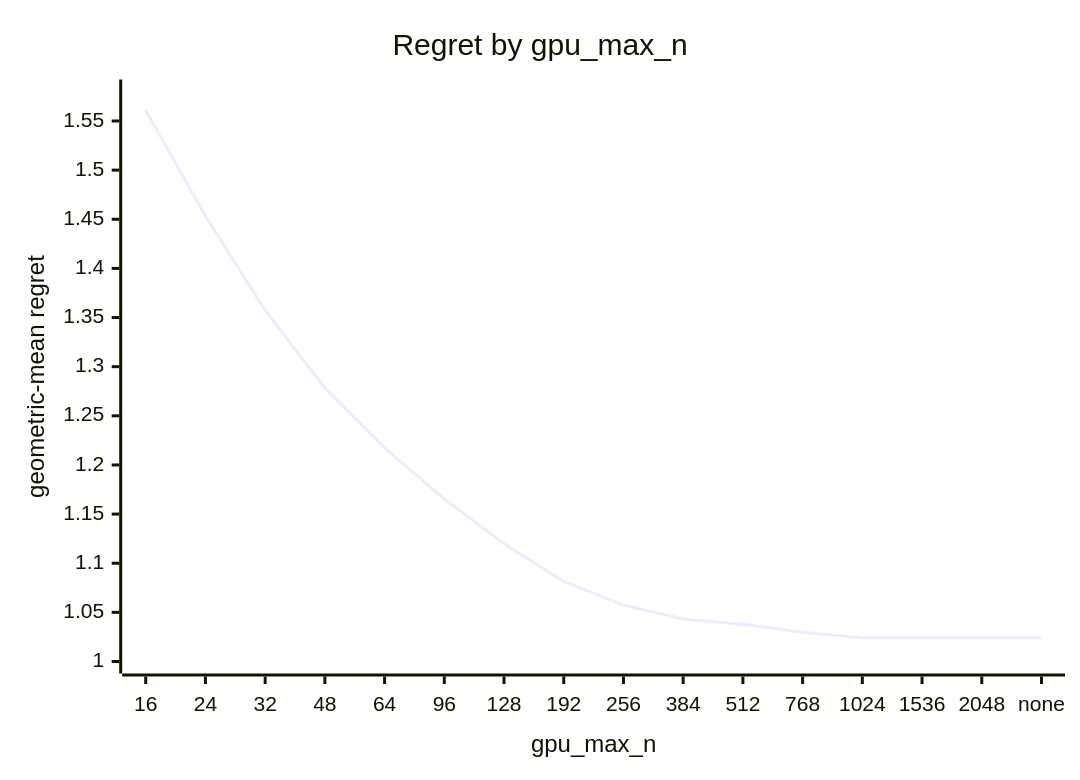
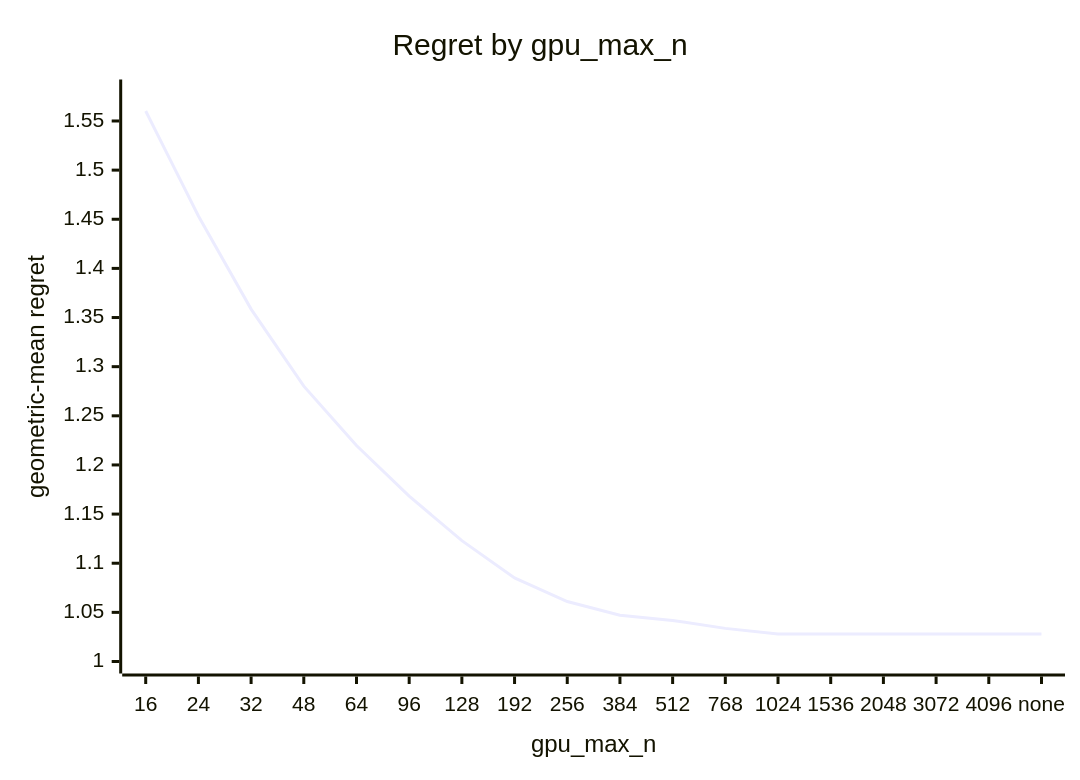
The fifth of 5 diagrams in docs/results/apple-m5-pro-20gpu/combined/eigh/report.md (c0rmac/metal-linalg), drawn with Mermaid before and after one commit. The commit also changed other lines of this file and 38 other files, not shown here.

````diff
--- a/docs/results/apple-m5-pro-20gpu/combined/eigh/report.md
+++ b/docs/results/apple-m5-pro-20gpu/combined/eigh/report.md
@@ -172,7 +177,7 @@
 ```mermaid
 xychart-beta
     title "Regret by gpu_max_n"
-    x-axis "gpu_max_n" [16, 24, 32, 48, 64, 96, 128, 192, 256, 384, 512, 768, 1024, 1536, 2048, none]
+    x-axis "gpu_max_n" [16, 24, 32, 48, 64, 96, 128, 192, 256, 384, 512, 768, 1024, 1536, 2048, 3072, 4096, none]
     y-axis "geometric-mean regret" 1.0 --> 1.58
-    line [1.5610, 1.4531, 1.3573, 1.2783, 1.2173, 1.1653, 1.1198, 1.0816, 1.0574, 1.0432, 1.0380, 1.0298, 1.0241, 1.0241, 1.0241, 1.0241]
+    line [1.5602, 1.4533, 1.3586, 1.2802, 1.2198, 1.1682, 1.1230, 1.0850, 1.0610, 1.0470, 1.0418, 1.0337, 1.0281, 1.0281, 1.0281, 1.0281, 1.0281, 1.0281]
 ```
````
